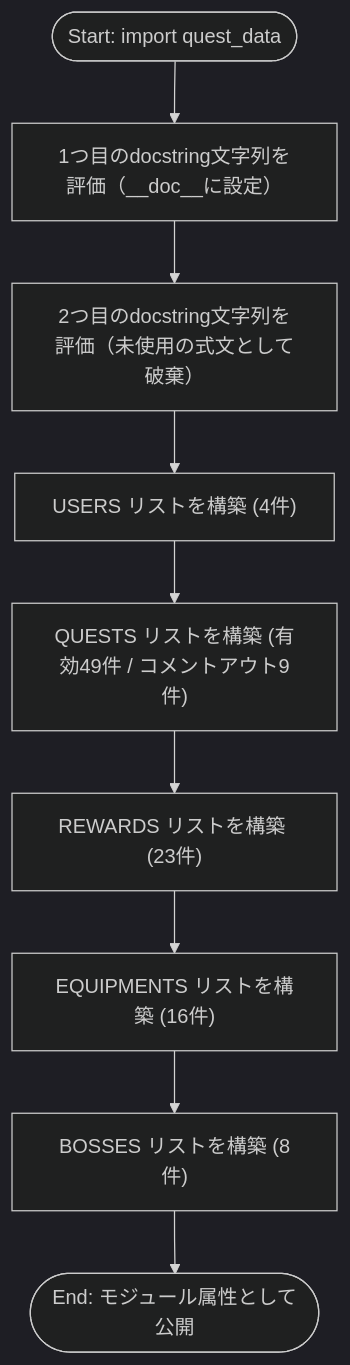
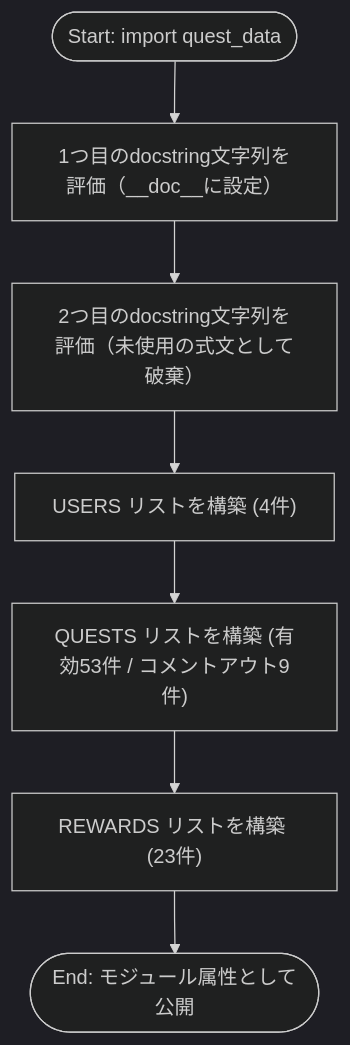
Before and after one commit to mmtigers/my_python_project: the first of 2 diagrams in docs/specifications/MY_HOME_SYSTEM/quest_data.md, drawn with Mermaid (dark theme). The commit also changed other lines of this file and 3 other files, not shown here.

````diff
--- a/docs/specifications/MY_HOME_SYSTEM/quest_data.md
+++ b/docs/specifications/MY_HOME_SYSTEM/quest_data.md
@@ -175,11 +131,9 @@
 ```mermaid
 flowchart TD
     Start(["Start: import quest_data"]) --> Doc1["1つ目のdocstring文字列を評価（__doc__に設定）"]
     Doc1 --> Doc2["2つ目のdocstring文字列を評価（未使用の式文として破棄）"]
     Doc2 --> BuildUsers["USERS リストを構築 (4件)"]
-    BuildUsers --> BuildQuests["QUESTS リストを構築 (有効49件 / コメントアウト9件)"]
+    BuildUsers --> BuildQuests["QUESTS リストを構築 (有効53件 / コメントアウト9件)"]
     BuildQuests --> BuildRewards["REWARDS リストを構築 (23件)"]
-    BuildRewards --> BuildEquip["EQUIPMENTS リストを構築 (16件)"]
-    BuildEquip --> BuildBosses["BOSSES リストを構築 (8件)"]
-    BuildBosses --> End(["End: モジュール属性として公開"])
+    BuildRewards --> End(["End: モジュール属性として公開"])
 ```
````
